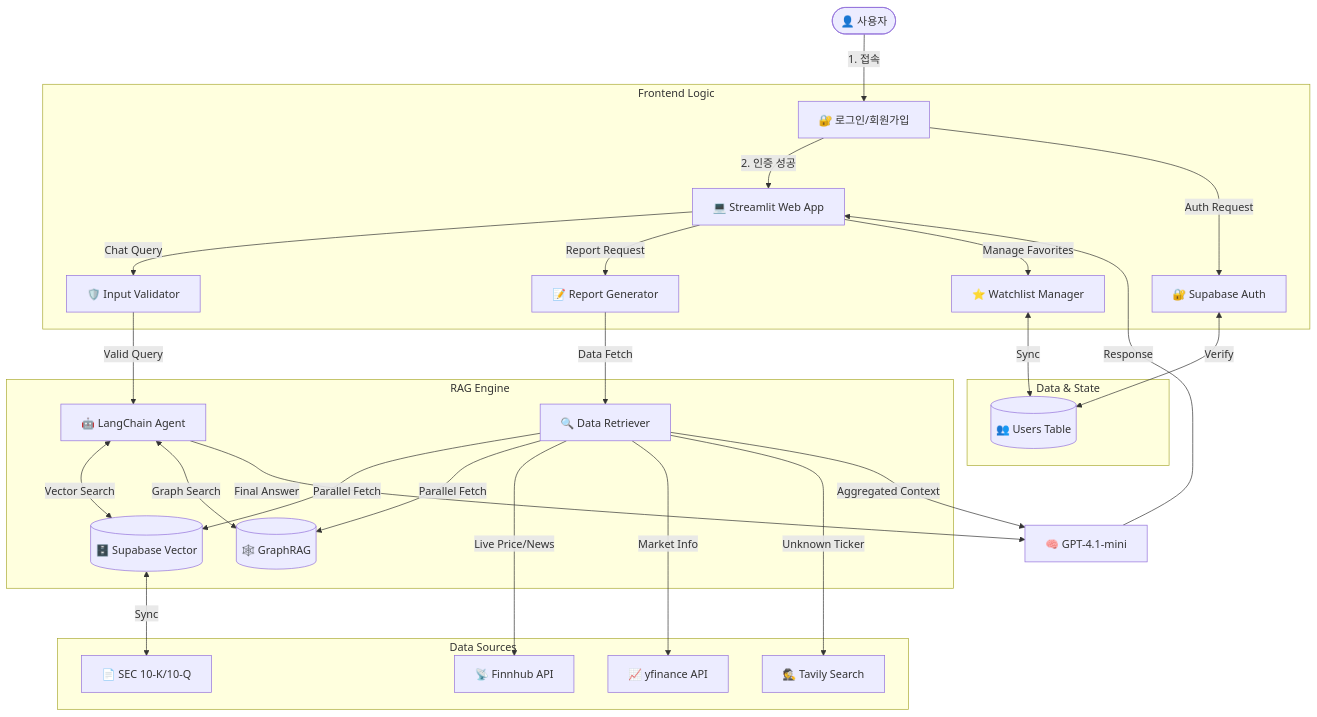
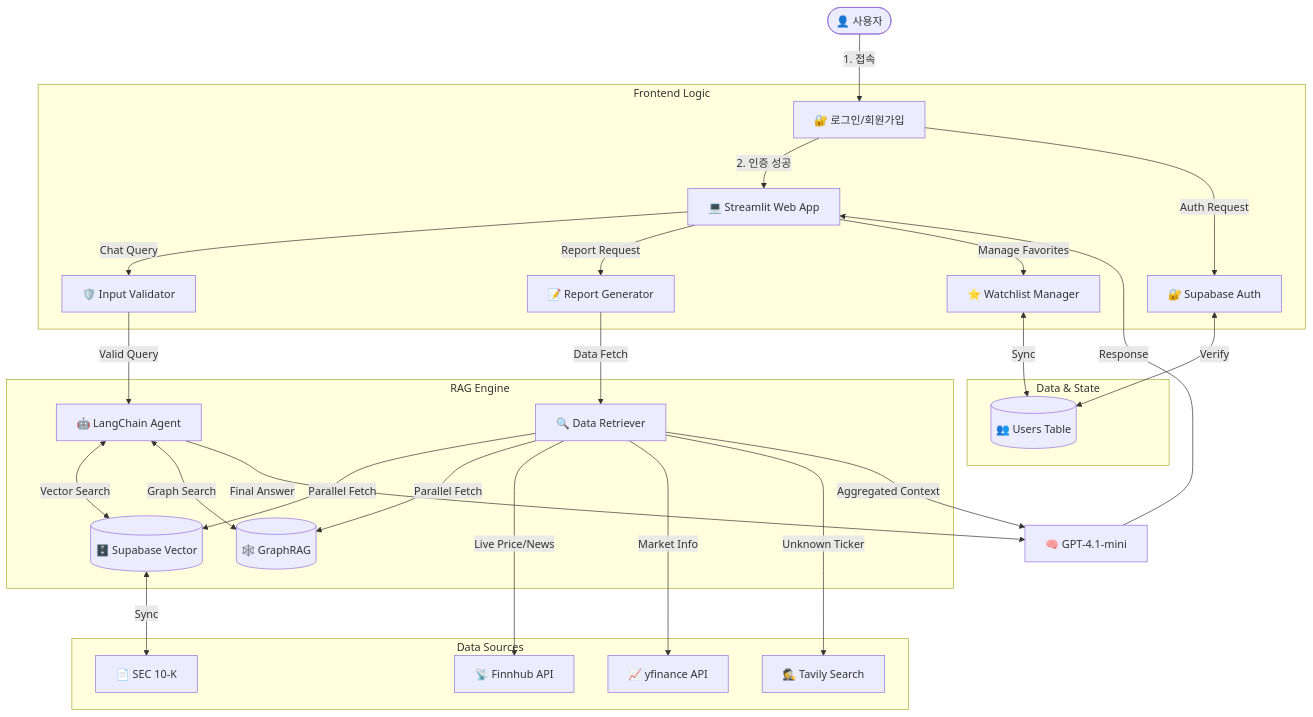
Before and after one commit to SKNETWORKS-FAMILY-AICAMP/SKN22-3rd-4Team: the first of 2 diagrams in 02_system_architecture/README.md, drawn with Mermaid. The commit also changed other lines of this file, not shown here.

Commit message:
Update system architecture documentation

````diff
--- a/02_system_architecture/README.md
+++ b/02_system_architecture/README.md
@@ -8,39 +8,39 @@
 ```mermaid
 graph TD
     User([👤 사용자]) -->|1. 접속| Login[🔐 로그인/회원가입]
     Login -->|2. 인증 성공| UI[💻 Streamlit Web App]
     
     subgraph Frontend Logic
         Login -->|Auth Request| Auth[🔐 Supabase Auth]
         UI -->|Chat Query| Validator[🛡️ Input Validator]
         UI -->|Report Request| ReportGen[📝 Report Generator]
         UI -->|Manage Favorites| Watchlistmgr[⭐ Watchlist Manager]
     end
 
     subgraph Data & State
         Auth <-->|Verify| UserDB[(👥 Users Table)]
         Watchlistmgr <-->|Sync| UserDB
     end
 
     subgraph RAG Engine
         Validator -->|Valid Query| Agent[🤖 LangChain Agent]
         ReportGen -->|Data Fetch| Retriever[🔍 Data Retriever]
         
         Agent <-->|Vector Search| VectorDB[(🗄️ Supabase Vector)]
         Agent <-->|Graph Search| GraphDB[(🕸️ GraphRAG)]
         
         Retriever -->|Parallel Fetch| VectorDB
         Retriever -->|Parallel Fetch| GraphDB
     end
 
     subgraph Data Sources
         Retriever -->|Live Price/News| Finnhub[📡 Finnhub API]
         Retriever -->|Market Info| Yahoo[📈 yfinance API]
         Retriever -->|Unknown Ticker| Tavily[🕵️ Tavily Search]
-        VectorDB <-->|Sync| SEC[📄 SEC 10-K/10-Q]
+        VectorDB <-->|Sync| SEC[📄 SEC 10-K]
     end
 
     Retriever -->|Aggregated Context| LLM[🧠 GPT-4.1-mini]
     Agent -->|Final Answer| LLM
     LLM -->|Response| UI
 ```
````
